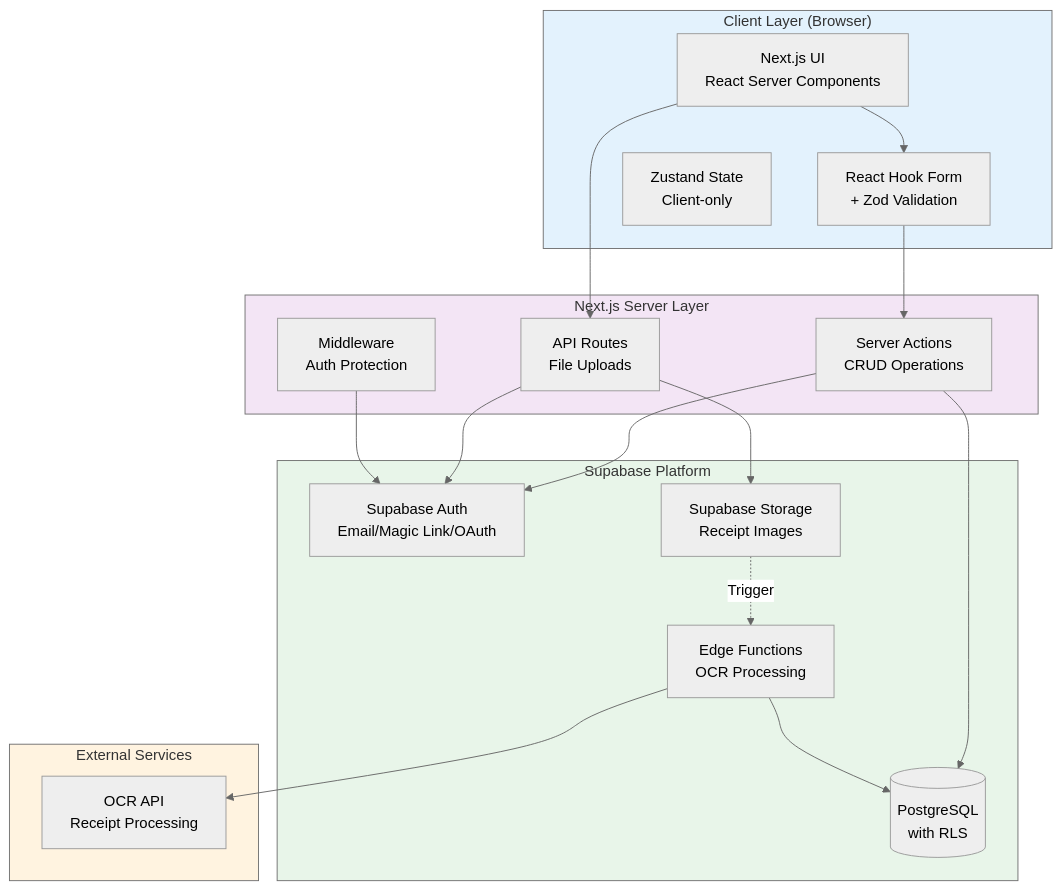
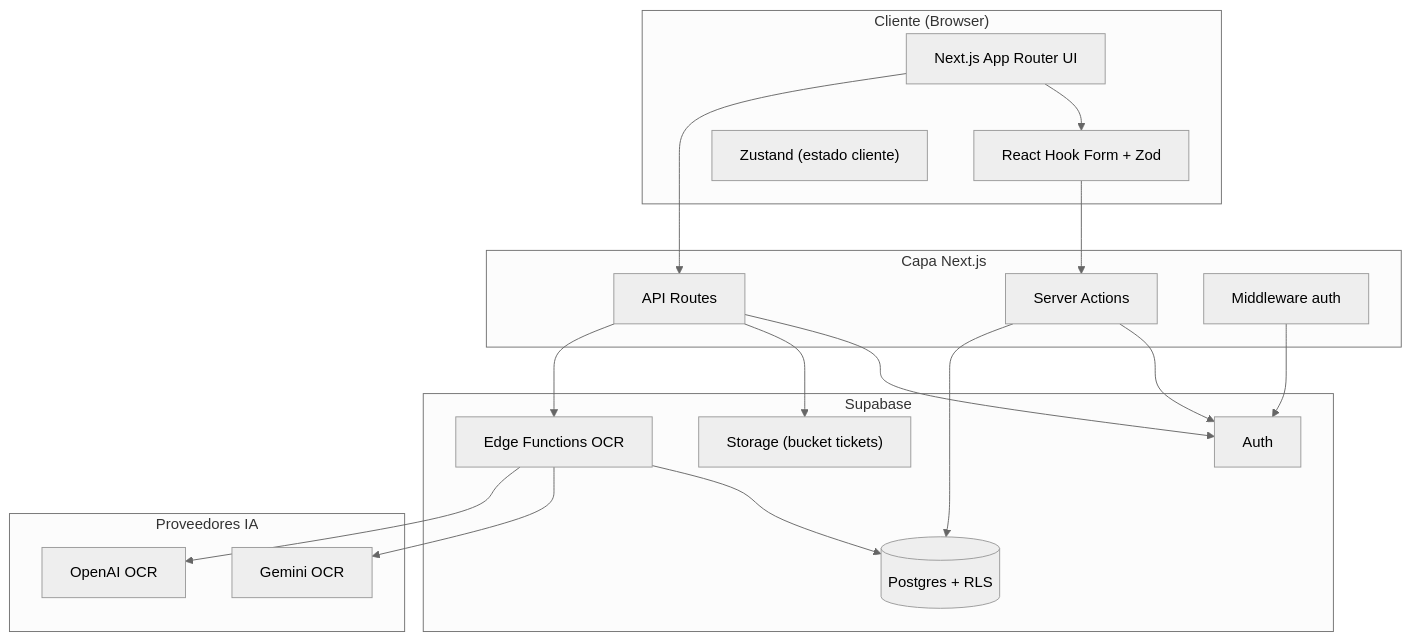
Before and after one commit to ljaviertovar/listys-web-app: the first of 5 diagrams in docs/README.md, drawn with Mermaid (neutral theme). The commit also changed other lines of this file and 1 other file, not shown here.

Commit message:
docs(readme): add zustand to tech stack

````diff
--- a/docs/README.md
+++ b/docs/README.md
@@ -117,42 +171,39 @@
 ```mermaid
 flowchart TB
-    subgraph Client["Client Layer (Browser)"]
-        UI[Next.js UI<br/>React Server Components]
-        Forms[React Hook Form<br/>+ Zod Validation]
-        State[Zustand State<br/>Client-only]
+    subgraph Client["Cliente (Browser)"]
+        UI["Next.js App Router UI"]
+        Forms["React Hook Form + Zod"]
+        State["Zustand (estado cliente)"]
     end
 
-    subgraph Server["Next.js Server Layer"]
-        SA[Server Actions<br/>CRUD Operations]
-        API[API Routes<br/>File Uploads]
-        MW[Middleware<br/>Auth Protection]
+    subgraph Server["Capa Next.js"]
+        SA["Server Actions"]
+        API["API Routes"]
+        MW["Middleware auth"]
     end
 
-    subgraph Supabase["Supabase Platform"]
-        Auth[Supabase Auth<br/>Email/Magic Link/OAuth]
-        DB[(PostgreSQL<br/>with RLS)]
-        Storage[Supabase Storage<br/>Receipt Images]
-        Edge[Edge Functions<br/>OCR Processing]
+    subgraph Supabase["Supabase"]
+        Auth["Auth"]
+        DB[("Postgres + RLS")]
+        Storage["Storage (bucket tickets)"]
+        Edge["Edge Functions OCR"]
     end
 
-    subgraph External["External Services"]
-        OCR[OCR API<br/>Receipt Processing]
+    subgraph AI["Proveedores IA"]
+        Gemini["Gemini OCR"]
+        OpenAI["OpenAI OCR"]
     end
 
     UI --> Forms
     Forms --> SA
     UI --> API
+    MW --> Auth
     SA --> Auth
+    SA --> DB
     API --> Auth
-    MW --> Auth
-    SA --> DB
     API --> Storage
-    Edge --> OCR
-    Storage -.Trigger.-> Edge
+    API --> Edge
     Edge --> DB
-
-    style Client fill:#e3f2fd
-    style Server fill:#f3e5f5
-    style Supabase fill:#e8f5e9
-    style External fill:#fff3e0
+    Edge --> Gemini
+    Edge --> OpenAI
 ```
````
